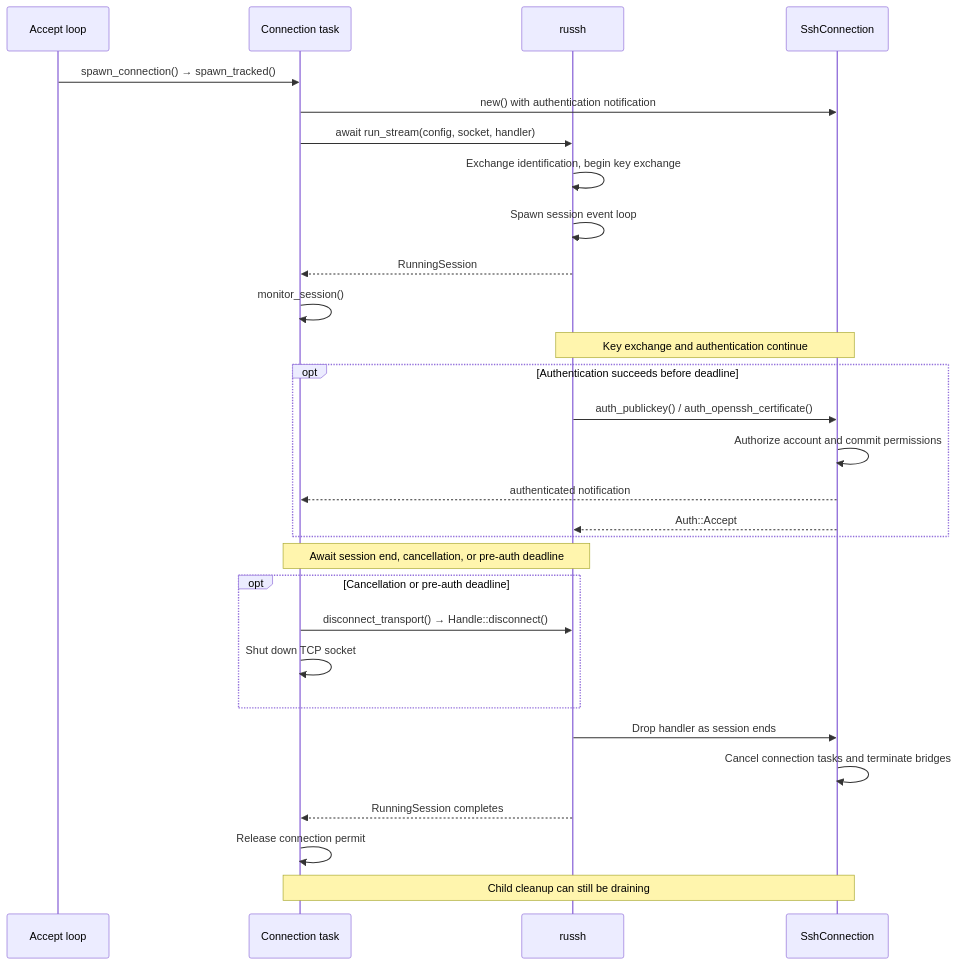
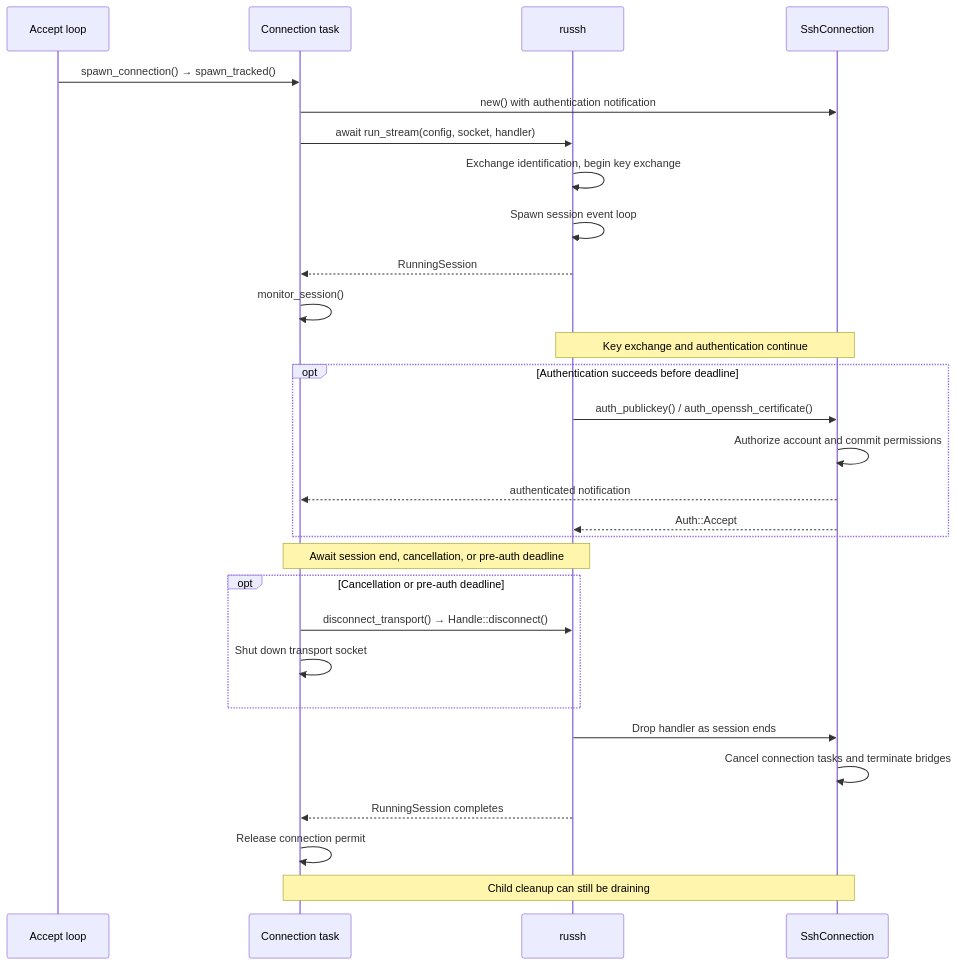
The second of 6 diagrams in src/guest/src/service/ssh/lifecycles.md (boxlite-ai/boxlite), drawn with Mermaid before and after one commit. The commit also changed other lines of this file and 22 other files, not shown here.

````diff
--- a/src/guest/src/service/ssh/lifecycles.md
+++ b/src/guest/src/service/ssh/lifecycles.md
@@ -61,31 +72,31 @@
 ```mermaid
 sequenceDiagram
     participant A as Accept loop
     participant M as Connection task
     participant R as russh
     participant H as SshConnection
     A->>M: spawn_connection() → spawn_tracked()
     M->>H: new() with authentication notification
     M->>R: await run_stream(config, socket, handler)
     R->>R: Exchange identification, begin key exchange
     R->>R: Spawn session event loop
     R-->>M: RunningSession
     M->>M: monitor_session()
     Note over R,H: Key exchange and authentication continue
     opt Authentication succeeds before deadline
         R->>H: auth_publickey() / auth_openssh_certificate()
         H->>H: Authorize account and commit permissions
         H-->>M: authenticated notification
         H-->>R: Auth::Accept
     end
     Note over M,R: Await session end, cancellation, or pre-auth deadline
     opt Cancellation or pre-auth deadline
         M->>R: disconnect_transport() → Handle::disconnect()
-        M->>M: Shut down TCP socket
+        M->>M: Shut down transport socket
     end
     R->>H: Drop handler as session ends
     H->>H: Cancel connection tasks and terminate bridges
     R-->>M: RunningSession completes
     M->>M: Release connection permit
     Note over M,H: Child cleanup can still be draining
 ```
````
